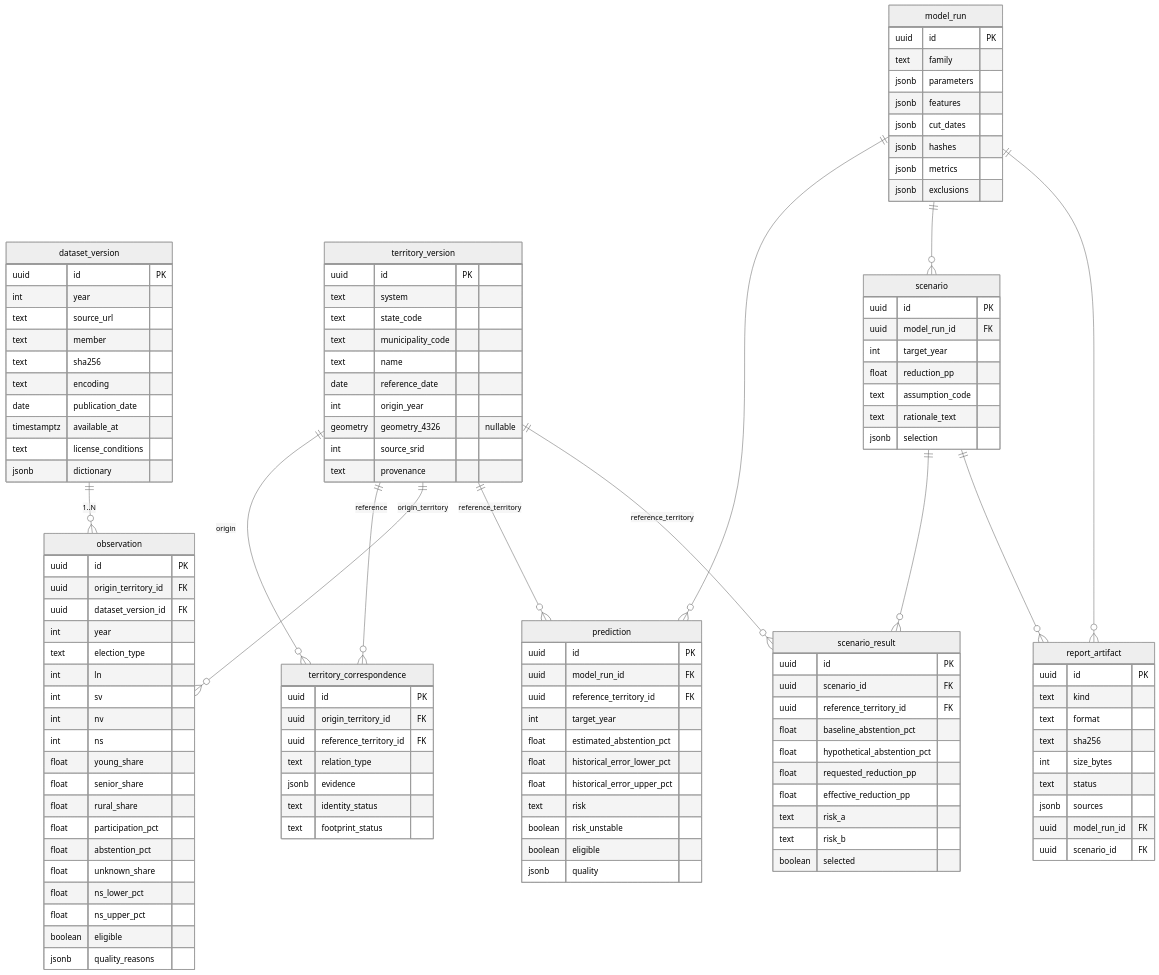
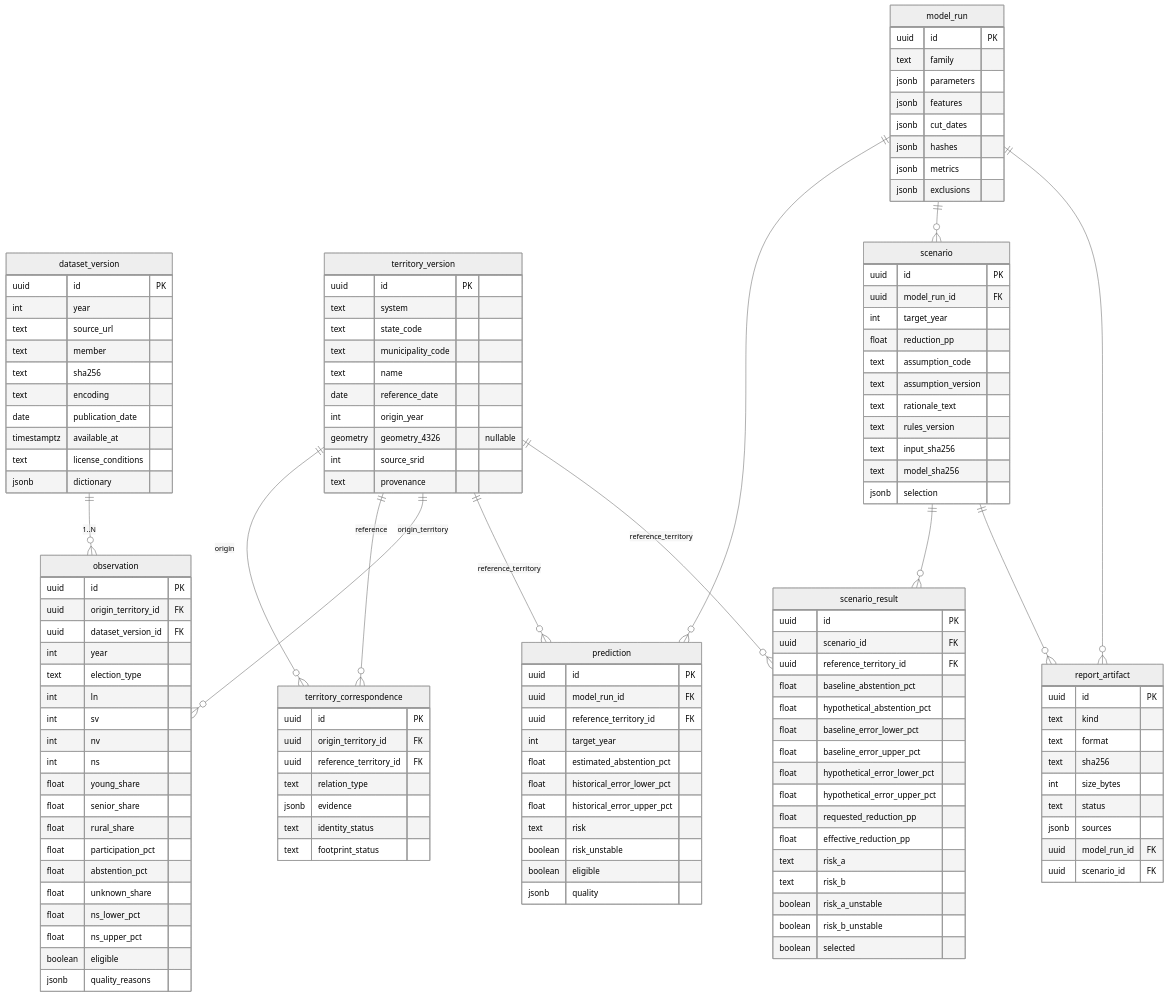
The diagram in docs/architecture/data-model.md (ARELL31/participa-geo), drawn with Mermaid (neutral theme) before and after one commit. The commit also changed other lines of this file and 18 other files, not shown here.

```diff
--- a/docs/architecture/data-model.md
+++ b/docs/architecture/data-model.md
@@ -144,7 +146,11 @@
         int target_year
         float reduction_pp
         text assumption_code
+        text assumption_version
         text rationale_text
+        text rules_version
+        text input_sha256
+        text model_sha256
         jsonb selection
     }
     scenario_result {
@@ -153,10 +159,16 @@
         uuid reference_territory_id FK
         float baseline_abstention_pct
         float hypothetical_abstention_pct
+        float baseline_error_lower_pct
+        float baseline_error_upper_pct
+        float hypothetical_error_lower_pct
+        float hypothetical_error_upper_pct
         float requested_reduction_pp
         float effective_reduction_pp
         text risk_a
         text risk_b
+        boolean risk_a_unstable
+        boolean risk_b_unstable
         boolean selected
     }
     report_artifact {
```
